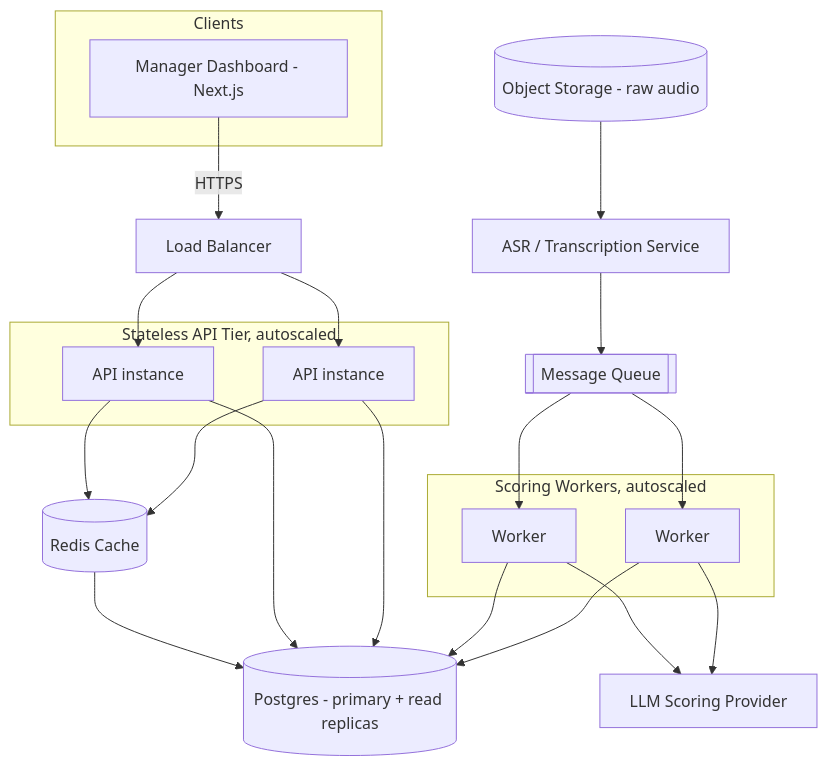
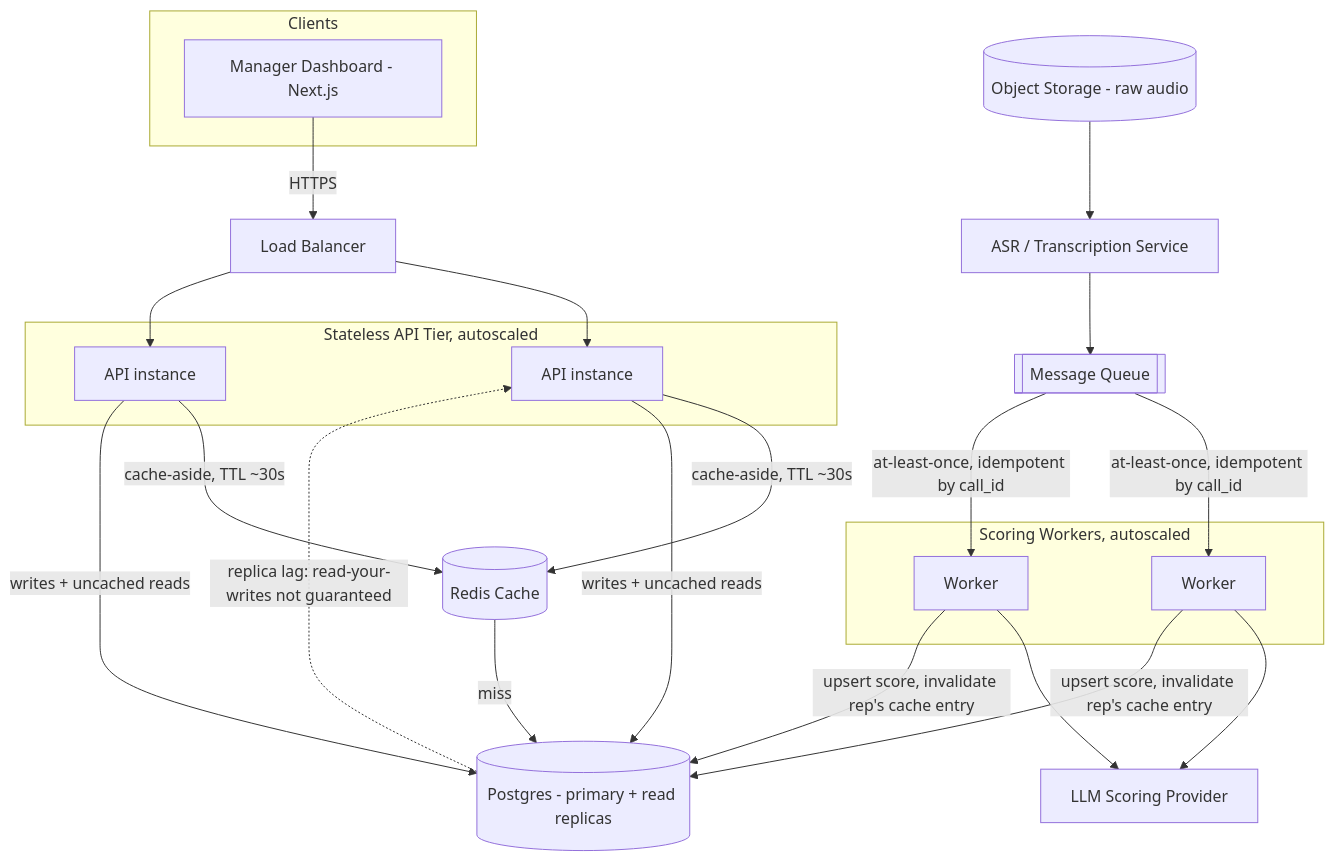
Before and after one commit to MikeQin/sd-prep: the diagram in design/diagrams/production-architecture.mmd, drawn with Mermaid. The commit also changed 2 other files, not shown here.

First paragraph of the commit message:
docs: fold system-design review findings into architecture doc + diagrams
Independent review of the reference system design surfaced 7 gaps
beyond the code-level bugs already fixed:

```diff
--- a/design/diagrams/production-architecture.mmd
+++ b/design/diagrams/production-architecture.mmd
@@ -1,35 +1,36 @@
 flowchart TB
     subgraph Clients
         Mgr[Manager Dashboard - Next.js]
     end
     LB[Load Balancer]
     subgraph API_Tier [Stateless API Tier, autoscaled]
         API1[API instance]
         API2[API instance]
     end
     Queue[[Message Queue]]
     subgraph Workers [Scoring Workers, autoscaled]
         W1[Worker]
         W2[Worker]
     end
     ASR[ASR / Transcription Service]
     ObjStore[(Object Storage - raw audio)]
     PG[(Postgres - primary + read replicas)]
     Cache[(Redis Cache)]
     LLM[LLM Scoring Provider]
 
     Mgr -->|HTTPS| LB --> API1
     LB --> API2
-    API1 --> Cache
-    API2 --> Cache
-    Cache --> PG
-    API1 --> PG
-    API2 --> PG
+    API1 -->|cache-aside, TTL ~30s| Cache
+    API2 -->|cache-aside, TTL ~30s| Cache
+    Cache -->|miss| PG
+    API1 -->|writes + uncached reads| PG
+    API2 -->|writes + uncached reads| PG
 
     ObjStore --> ASR --> Queue
-    Queue --> W1
-    Queue --> W2
+    Queue -->|at-least-once, idempotent by call_id| W1
+    Queue -->|at-least-once, idempotent by call_id| W2
     W1 --> LLM
     W2 --> LLM
-    W1 --> PG
-    W2 --> PG
+    W1 -->|upsert score, invalidate rep's cache entry| PG
+    W2 -->|upsert score, invalidate rep's cache entry| PG
+    PG -.->|replica lag: read-your-writes not guaranteed| API1
```
